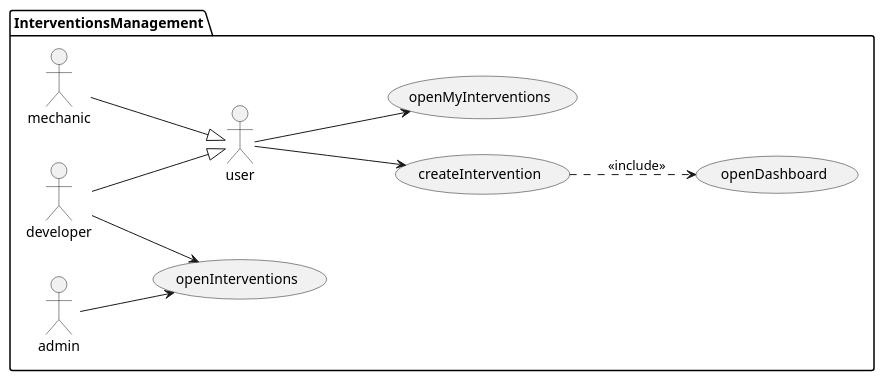
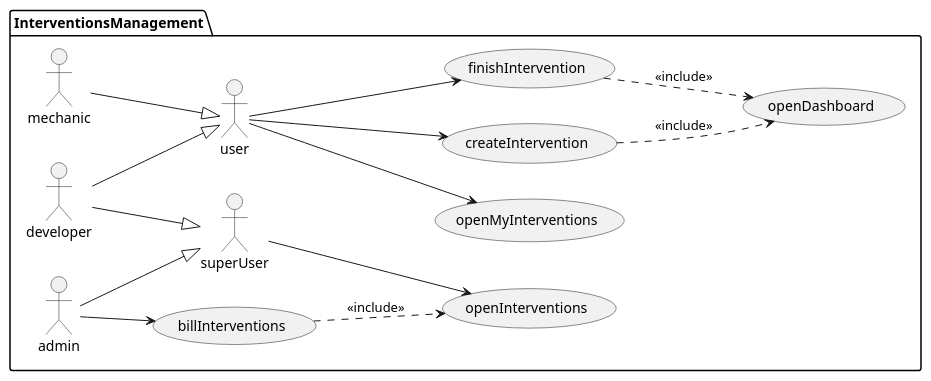
The diagram in documentation/1usecasesview/usecases/puml/interventionUsecases.puml (Ruskab/agrimManager), drawn with PlantUML before and after one commit. The commit also changed 53 other files, not shown here.

```diff
--- a/documentation/1usecasesview/usecases/puml/interventionUsecases.puml
+++ b/documentation/1usecasesview/usecases/puml/interventionUsecases.puml
@@ -1,15 +1,19 @@
 @startuml
 left to right direction
-
 
 package InterventionsManagement {
 :mechanic: --|> :user:
 :developer: --|> :user:
+:admin: --|> :superUser:
+:developer: --|> :superUser:
 
 :user: --> (createIntervention)
+:user: --> (finishIntervention)
+:superUser: --> (openInterventions)
+:admin: --> (billInterventions)
+:user: --> (openMyInterventions)
 (createIntervention) ..> (openDashboard) : <<include>>
-:admin: --> (openInterventions)
-:developer: --> (openInterventions)
-:user: --> (openMyInterventions)
+(finishIntervention) ..> (openDashboard) : <<include>>
+(billInterventions) ..> (openInterventions) : <<include>>
 }
 @enduml
```
